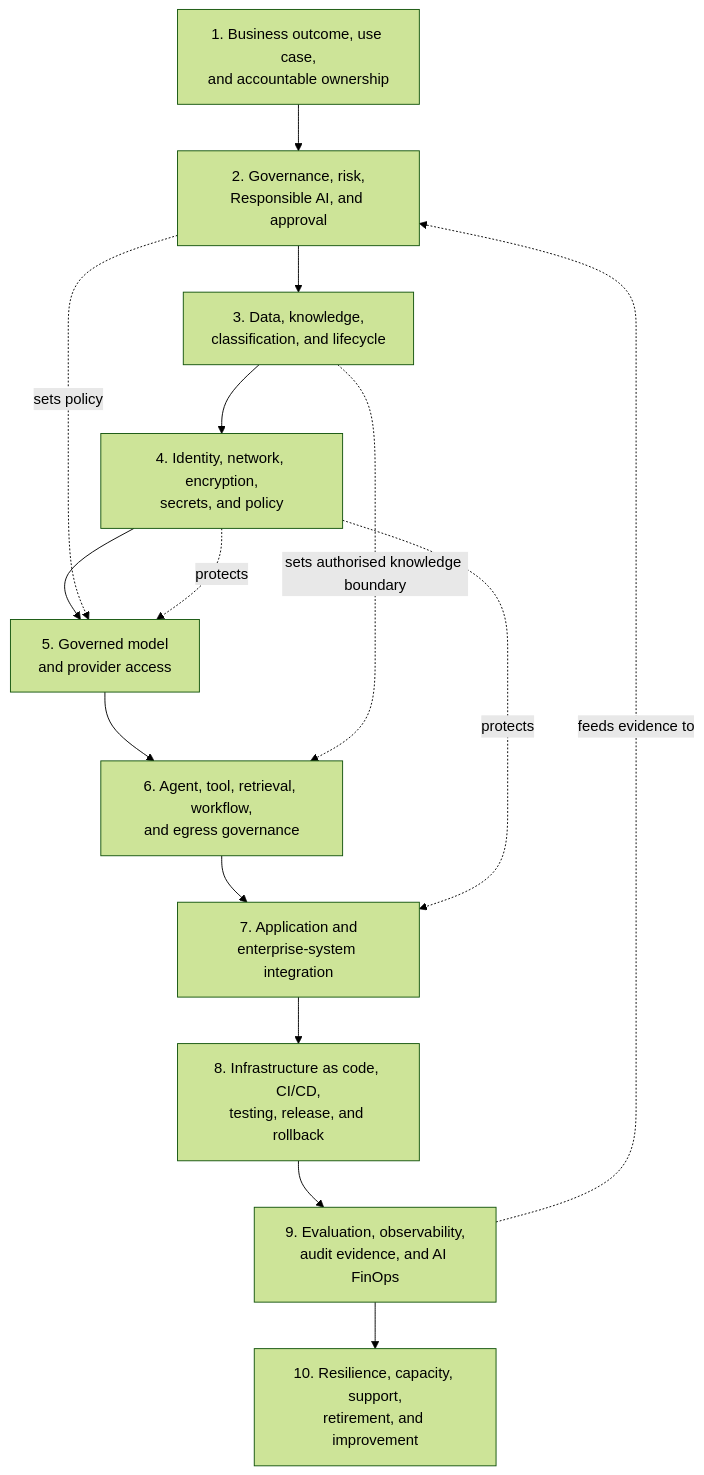
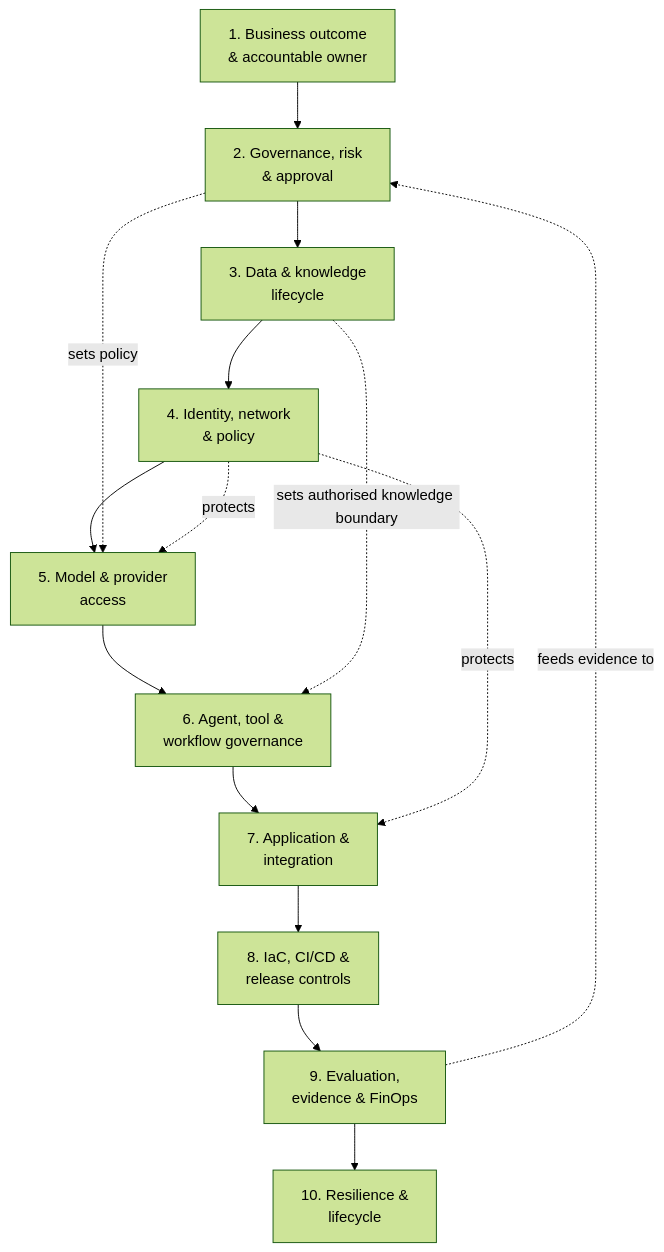
One commit to afaryy/cloudai-platform changed the second of 3 diagrams in docs/architecture.md. Above: the diagram before and after it, drawn with Mermaid (forest theme). The commit also changed other lines of this file and 1 other file, not shown here.

Commit message:
docs: shorten architecture diagram labels

````diff
--- a/docs/architecture.md
+++ b/docs/architecture.md
@@ -69,21 +69,21 @@
 ```mermaid
 flowchart TB
-  intake["1. Business outcome, use case,<br/>and accountable ownership"]
-  risk["2. Governance, risk,<br/>Responsible AI, and approval"]
-  data["3. Data, knowledge,<br/>classification, and lifecycle"]
-  foundation["4. Identity, network, encryption,<br/>secrets, and policy"]
-  model["5. Governed model<br/>and provider access"]
-  traffic["6. Agent, tool, retrieval, workflow,<br/>and egress governance"]
-  integration["7. Application and<br/>enterprise-system integration"]
-  delivery["8. Infrastructure as code, CI/CD,<br/>testing, release, and rollback"]
-  operations["9. Evaluation, observability,<br/>audit evidence, and AI FinOps"]
-  lifecycle["10. Resilience, capacity, support,<br/>retirement, and improvement"]
+  intake["1. Business outcome<br/>& accountable owner"]
+  risk["2. Governance, risk<br/>& approval"]
+  data["3. Data & knowledge<br/>lifecycle"]
+  foundation["4. Identity, network<br/>& policy"]
+  model["5. Model & provider<br/>access"]
+  traffic["6. Agent, tool &<br/>workflow governance"]
+  integration["7. Application &<br/>integration"]
+  delivery["8. IaC, CI/CD &<br/>release controls"]
+  operations["9. Evaluation,<br/>evidence & FinOps"]
+  lifecycle["10. Resilience &<br/>lifecycle"]
 
   intake --> risk --> data --> foundation --> model --> traffic --> integration
   integration --> delivery --> operations --> lifecycle
   risk -. "sets policy" .-> model
   data -. "sets authorised knowledge boundary" .-> traffic
   foundation -. "protects" .-> model
   foundation -. "protects" .-> integration
   operations -. "feeds evidence to" .-> risk
 ```
````
